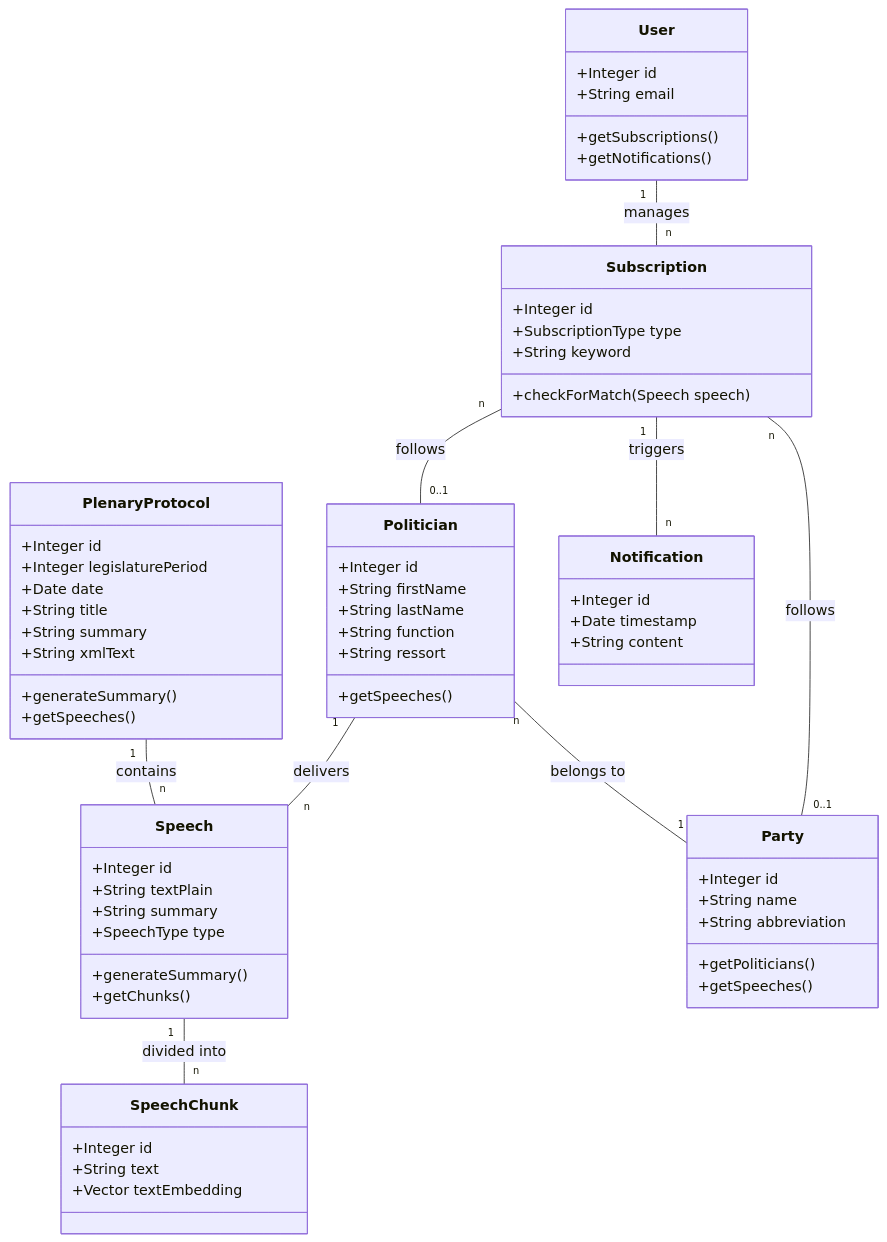
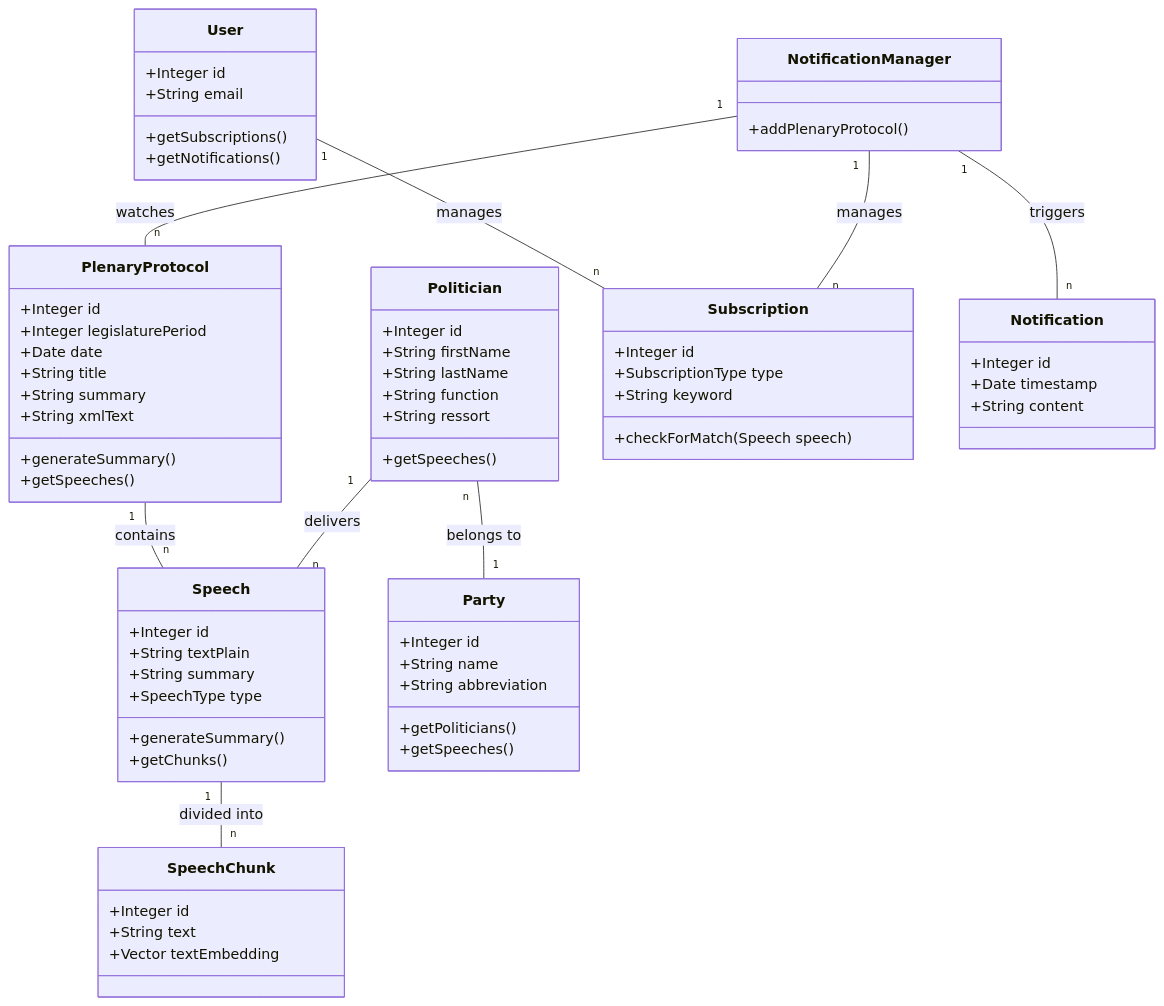
Before and after one commit to AET-DevOps25/team-rest-in-peace: the diagram in documentation/Analysis Object Model.mmd, drawn with Mermaid. The commit also changed other lines of this file, not shown here.

Commit message:
AOM add NotificationManager

```diff
--- a/documentation/Analysis Object Model.mmd
+++ b/documentation/Analysis Object Model.mmd
@@ -1,72 +1,76 @@
 classDiagram
     class PlenaryProtocol {
         +Integer id
         +Integer legislaturePeriod
         +Date date
         +String title
         +String summary
         +String xmlText
         +generateSummary()
         +getSpeeches()
     }
 
     class Speech {
         +Integer id
         +String textPlain
         +String summary
         +SpeechType type
         +generateSummary()
         +getChunks()
     }
 
     class SpeechChunk {
         +Integer id
         +String text
         +Vector textEmbedding
     }
 
     class Politician {
         +Integer id
         +String firstName
         +String lastName
         +String function
         +String ressort
         +getSpeeches()
     }
 
     class Party {
         +Integer id
         +String name
         +String abbreviation
         +getPoliticians()
         +getSpeeches()
     }
 
     class User {
         +Integer id
         +String email
         +getSubscriptions()
         +getNotifications()
     }
 
+    class NotificationManager {
+        +addPlenaryProtocol()
+    }
+
     class Subscription {
         +Integer id
         +SubscriptionType type
         +String keyword
         +checkForMatch(Speech speech)
     }
 
     class Notification {
         +Integer id
         +Date timestamp
         +String content
     }
 
     PlenaryProtocol "1" -- "n" Speech : contains
     Speech "1" -- "n" SpeechChunk : divided into
     Politician "1" -- "n" Speech : delivers
     Politician "n" -- "1" Party : belongs to
     User "1" -- "n" Subscription : manages
-    Subscription "1" -- "n" Notification : triggers
-    Subscription "n" -- "0..1" Politician : follows
-    Subscription "n" -- "0..1" Party : follows
+    NotificationManager "1" -- "n" PlenaryProtocol : watches
+    NotificationManager "1" -- "n" Subscription : manages
+    NotificationManager "1" -- "n" Notification : triggers
```
